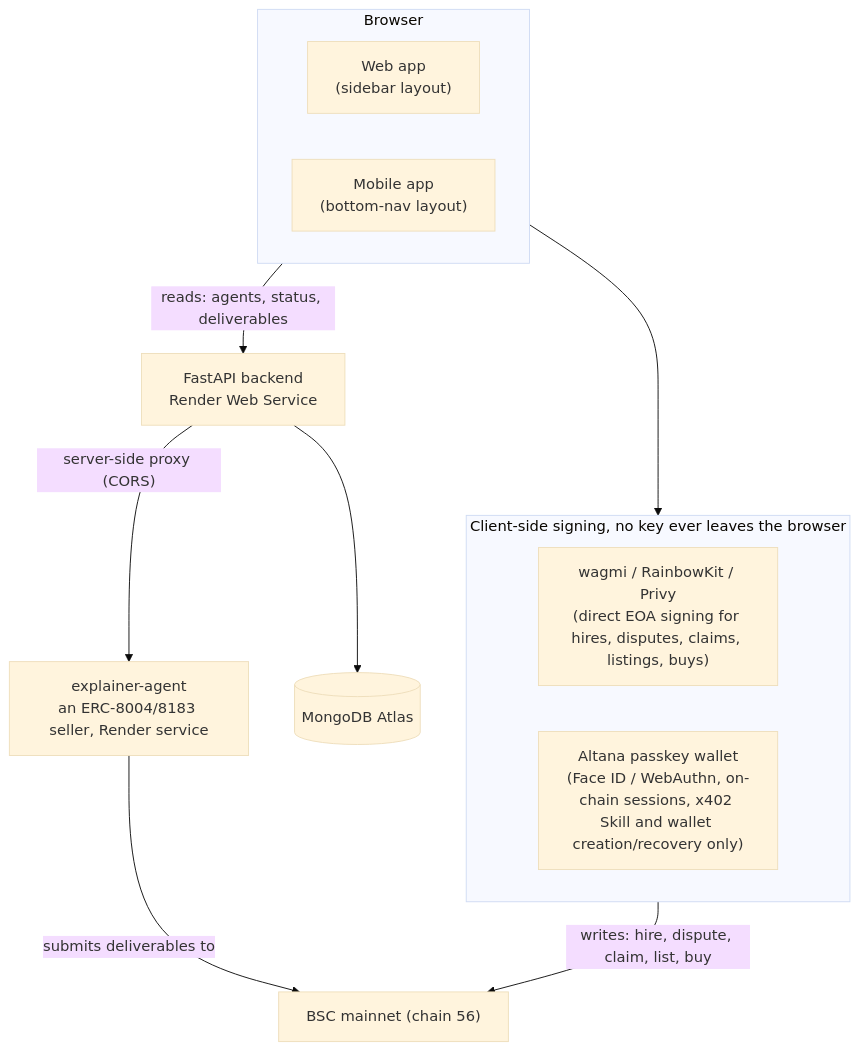
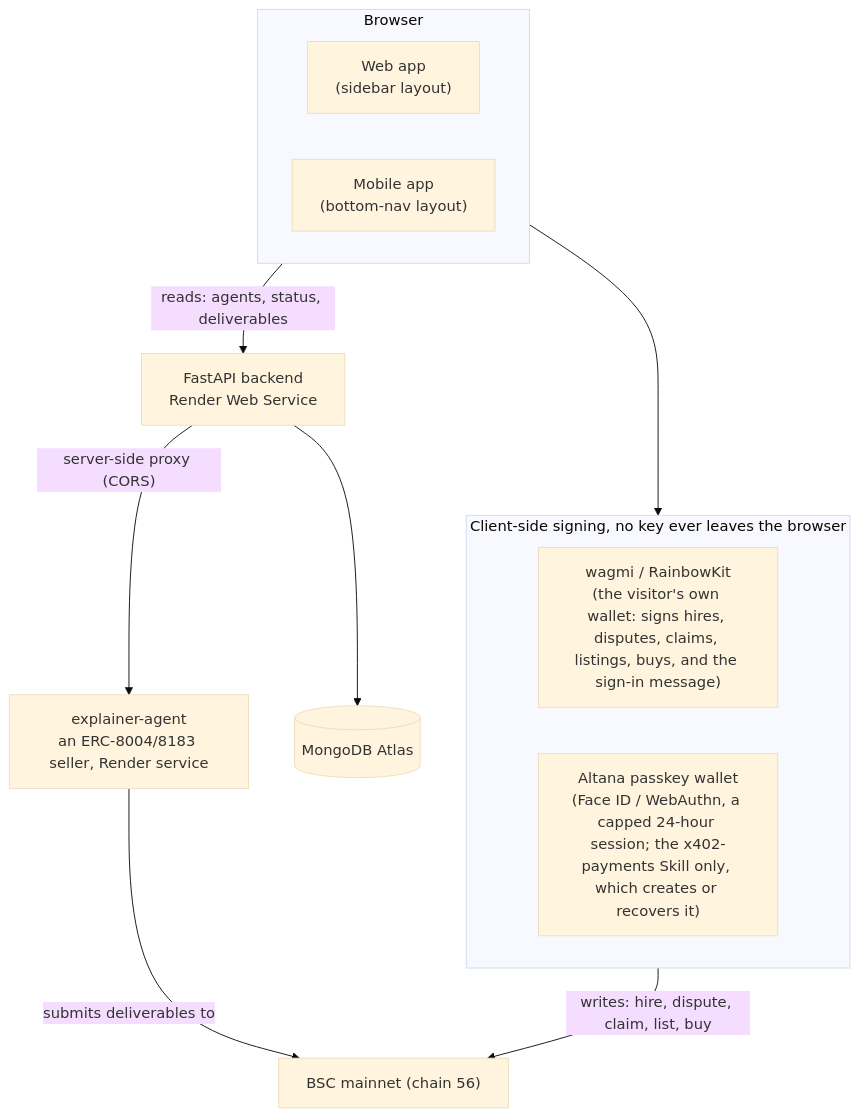
Before and after one commit to sabaazdn73/Agents-Marketplace: the diagram in docs/architecture.md, drawn with Mermaid (base theme). The commit also changed 29 other files, not shown here.

First line of the commit message:
Redesign phase 3: sign in with a wallet signature, and Privy removed

````diff
--- a/docs/architecture.md
+++ b/docs/architecture.md
@@ -7,24 +7,24 @@
 ```mermaid
 flowchart TB
     subgraph Client["Browser"]
         Web["Web app<br/>(sidebar layout)"]
         Mobile["Mobile app<br/>(bottom-nav layout)"]
     end
 
     subgraph Wallets["Client-side signing, no key ever leaves the browser"]
-        Wagmi["wagmi / RainbowKit / Privy<br/>(direct EOA signing for hires, disputes, claims, listings, buys)"]
-        Altana["Altana passkey wallet<br/>(Face ID / WebAuthn, on-chain sessions, x402 Skill and wallet creation/recovery only)"]
+        Wagmi["wagmi / RainbowKit<br/>(the visitor's own wallet: signs hires, disputes, claims, listings, buys, and the sign-in message)"]
+        Altana["Altana passkey wallet<br/>(Face ID / WebAuthn, a capped 24-hour session; the x402-payments Skill only, which creates or recovers it)"]
     end
 
     Backend["FastAPI backend<br/>Render Web Service"]
     Mongo[("MongoDB Atlas")]
     Chain["BSC mainnet (chain 56)"]
     Explainer["explainer-agent<br/>an ERC-8004/8183 seller, Render service"]
 
     Client --> Wallets
     Client -- "reads: agents, status, deliverables" --> Backend
     Wallets -- "writes: hire, dispute, claim, list, buy" --> Chain
     Backend --> Mongo
     Backend -- "server-side proxy (CORS)" --> Explainer
     Explainer -- "submits deliverables to" --> Chain
 ```
````
